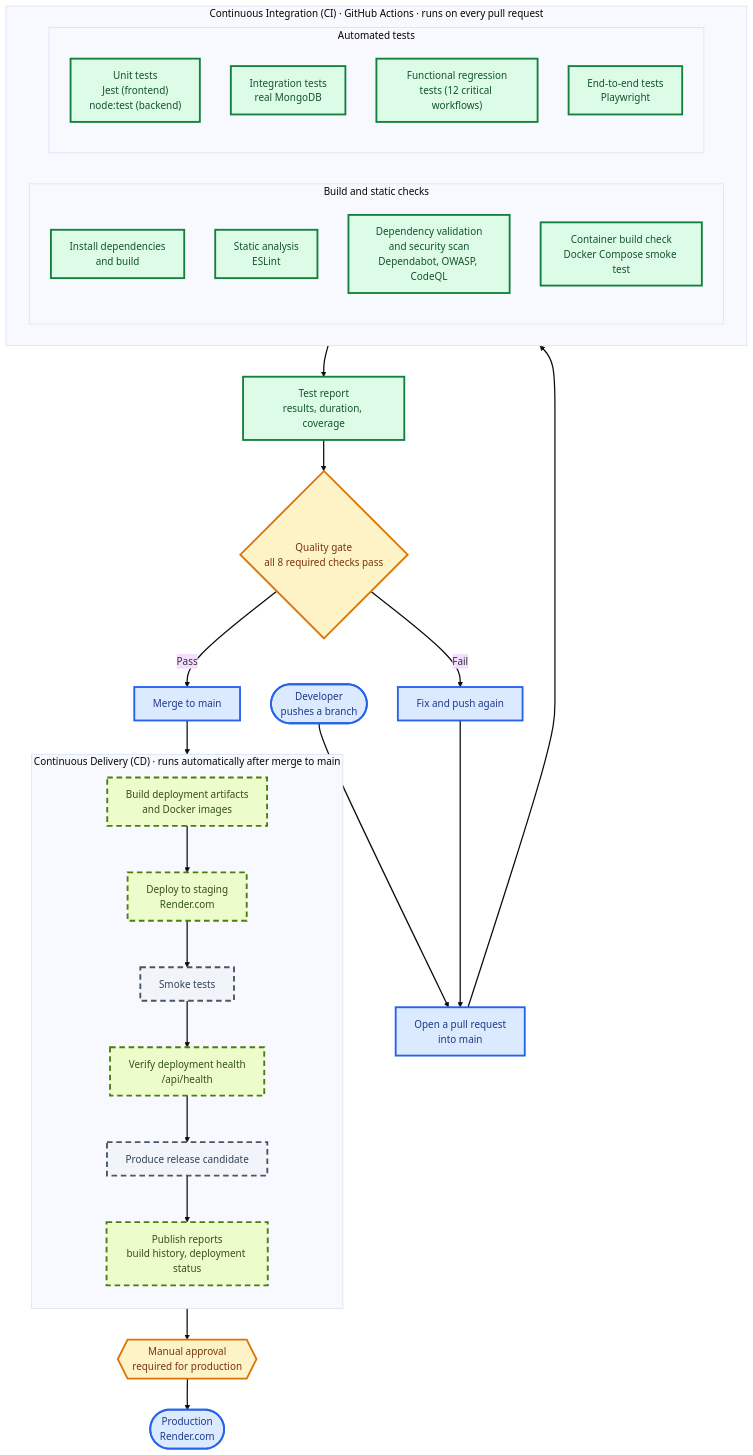
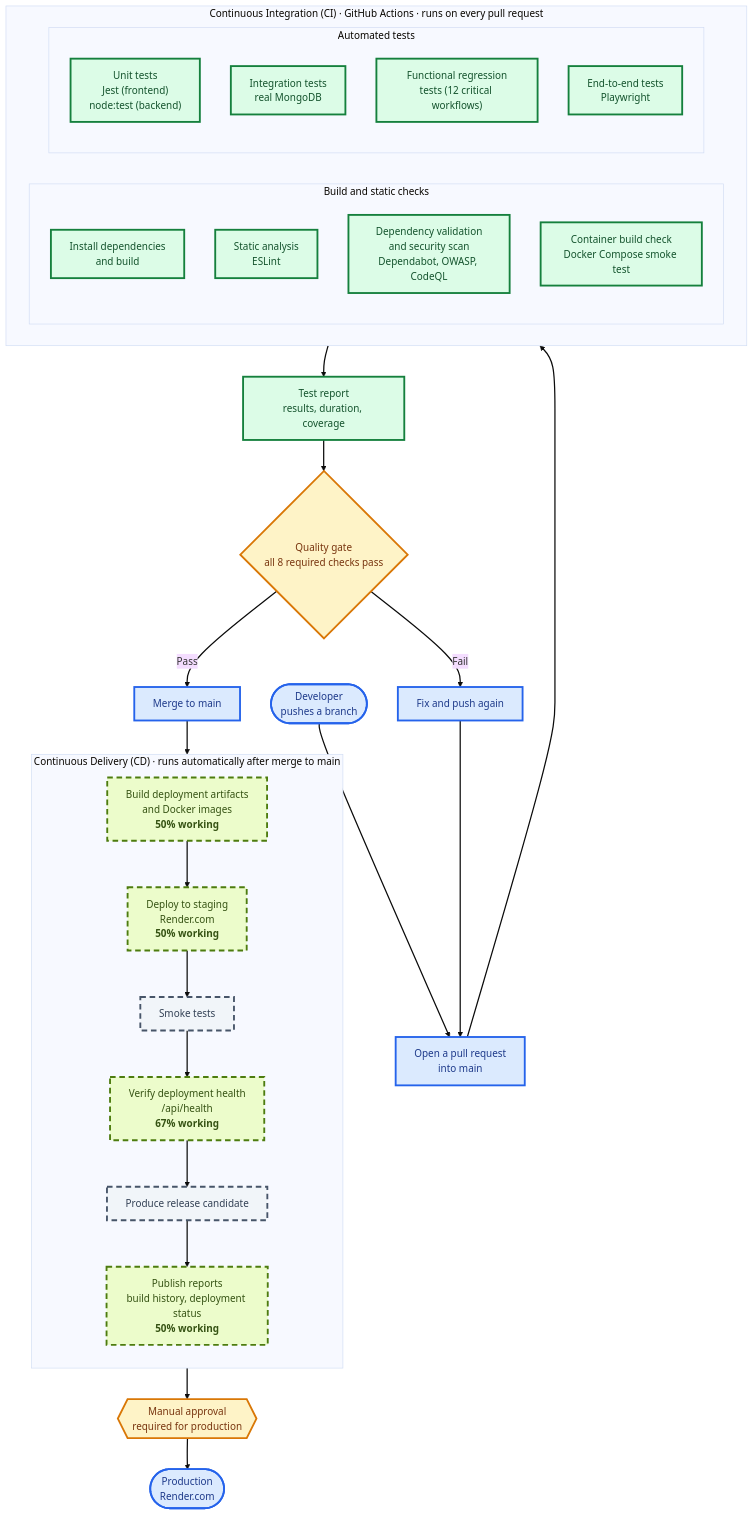
Before and after one commit to IT7993-FALL-2026-PEERS/ProjectPeerEvaluation: the first of 4 diagrams in README.md, drawn with Mermaid (base theme). The commit also changed other lines of this file, not shown here.

````diff
--- a/README.md
+++ b/README.md
@@ -59,57 +59,57 @@
 ```mermaid
 flowchart TB
     DEV(["Developer<br/>pushes a branch"]) --> PR["Open a pull request<br/>into main"]
 
     subgraph CI["Continuous Integration (CI) · GitHub Actions · runs on every pull request"]
         direction LR
         subgraph STATIC["Build and static checks"]
             direction TB
             BUILD_APP["Install dependencies<br/>and build"]
             LINT["Static analysis<br/>ESLint"]
             SEC["Dependency validation<br/>and security scan<br/>Dependabot, OWASP, CodeQL"]
             DOCKER["Container build check<br/>Docker Compose smoke test"]
         end
         subgraph TESTS["Automated tests"]
             direction TB
             UNIT["Unit tests<br/>Jest (frontend)<br/>node:test (backend)"]
             INTEG["Integration tests<br/>real MongoDB"]
             REG["Functional regression<br/>tests (12 critical workflows)"]
             E2E["End-to-end tests<br/>Playwright"]
         end
     end
 
     PR --> CI
     CI --> REPORT["Test report<br/>results, duration, coverage"]
     REPORT --> GATE{"Quality gate<br/>all 8 required checks pass"}
     GATE -- "Fail" --> FIX["Fix and push again"]
     FIX --> PR
     GATE -- "Pass" --> MERGE["Merge to main"]
 
     subgraph CD["Continuous Delivery (CD) · runs automatically after merge to main"]
         direction TB
-        ARTIFACTS["Build deployment artifacts<br/>and Docker images"]
-        STG["Deploy to staging<br/>Render.com"]
+        ARTIFACTS["Build deployment artifacts<br/>and Docker images<br/><b>50% working</b>"]
+        STG["Deploy to staging<br/>Render.com<br/><b>50% working</b>"]
         SMOKE["Smoke tests"]
-        HEALTH["Verify deployment health<br/>/api/health"]
+        HEALTH["Verify deployment health<br/>/api/health<br/><b>67% working</b>"]
         RC["Produce release candidate"]
-        DREPORT["Publish reports<br/>build history, deployment status"]
+        DREPORT["Publish reports<br/>build history, deployment status<br/><b>50% working</b>"]
         ARTIFACTS --> STG --> SMOKE --> HEALTH --> RC --> DREPORT
     end
 
     MERGE --> ARTIFACTS
     DREPORT --> APPROVE{{"Manual approval<br/>required for production"}}
     APPROVE --> PROD(["Production<br/>Render.com"])
 
     classDef done fill:#dcfce7,stroke:#15803d,color:#14532d,stroke-width:3px
     classDef partial fill:#ecfccb,stroke:#4d7c0f,color:#365314,stroke-width:3px,stroke-dasharray: 9 6
     classDef planned fill:#f1f5f9,stroke:#475569,color:#334155,stroke-width:3px,stroke-dasharray: 9 6
     classDef gate fill:#fef3c7,stroke:#d97706,color:#78350f,stroke-width:3px
     classDef endpoint fill:#dbeafe,stroke:#2563eb,color:#1e3a8a,stroke-width:3px
     linkStyle default stroke-width:2px
 
     class BUILD_APP,LINT,SEC,DOCKER,UNIT,INTEG,REG,E2E,REPORT done
     class ARTIFACTS,STG,HEALTH,DREPORT partial
     class SMOKE,RC planned
     class GATE,APPROVE gate
     class DEV,PROD,PR,MERGE,FIX endpoint
 ```
````
